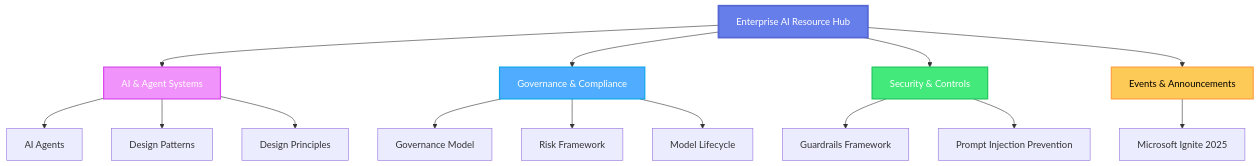
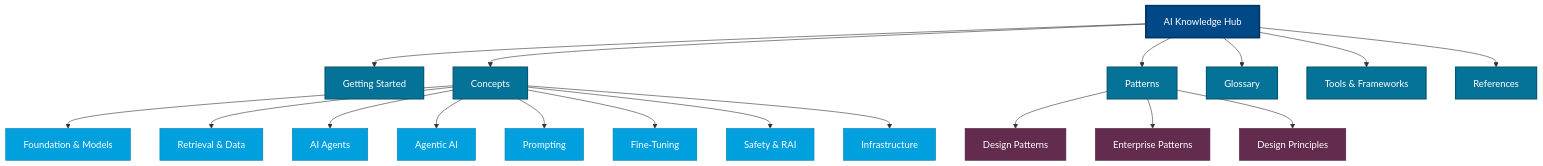
One commit to nitin27may/ai-resources changed the diagram in docs/index.md. Above: the diagram before and after it, drawn with Mermaid. The commit also changed other lines of this file and 33 other files, not shown here.

First line of the commit message:
docs: restructure site as AI Knowledge Hub for all audiences

````diff
--- a/docs/index.md
+++ b/docs/index.md
@@ -158,26 +77,41 @@
 ```mermaid
 graph TD
-    A[Enterprise AI Resource Hub] --> B[AI & Agent Systems]
-    A --> C[Governance & Compliance]
-    A --> D[Security & Controls]
-    A --> E[Events & Announcements]
-    
-    B --> B1[AI Agents]
-    B --> B2[Design Patterns]
-    B --> B3[Design Principles]
-    
-    C --> C1[Governance Model]
-    C --> C2[Risk Framework]
-    C --> C3[Model Lifecycle]
-    
-    D --> D1[Guardrails Framework]
-    D --> D2[Prompt Injection Prevention]
-    
-    E --> E1[Microsoft Ignite 2025]
-    
-    style A fill:#667eea,stroke:#5568d3,stroke-width:3px,color:#fff
-    style B fill:#f093fb,stroke:#d946ef,stroke-width:2px,color:#fff
-    style C fill:#4facfe,stroke:#0ea5e9,stroke-width:2px,color:#fff
-    style D fill:#43e97b,stroke:#22c55e,stroke-width:2px,color:#fff
-    style E fill:#feca57,stroke:#ff9f43,stroke-width:2px,color:#000
+    A[AI Knowledge Hub] --> B[Getting Started]
+    A --> C[Concepts]
+    A --> D[Patterns]
+    A --> E[Glossary]
+    A --> F[Tools & Frameworks]
+    A --> G[References]
+
+    C --> C1[Foundation & Models]
+    C --> C2[Retrieval & Data]
+    C --> C3[AI Agents]
+    C --> C4[Agentic AI]
+    C --> C5[Prompting]
+    C --> C6[Fine-Tuning]
+    C --> C7[Safety & RAI]
+    C --> C8[Infrastructure]
+
+    D --> D1[Design Patterns]
+    D --> D2[Enterprise Patterns]
+    D --> D3[Design Principles]
+
+    style A fill:#004987,stroke:#003665,stroke-width:3px,color:#fff
+    style B fill:#057398,stroke:#045672,stroke-width:2px,color:#fff
+    style C fill:#057398,stroke:#045672,stroke-width:2px,color:#fff
+    style D fill:#057398,stroke:#045672,stroke-width:2px,color:#fff
+    style E fill:#057398,stroke:#045672,stroke-width:2px,color:#fff
+    style F fill:#057398,stroke:#045672,stroke-width:2px,color:#fff
+    style G fill:#057398,stroke:#045672,stroke-width:2px,color:#fff
+    style C1 fill:#00A0DF,stroke:#0080B3,color:#fff
+    style C2 fill:#00A0DF,stroke:#0080B3,color:#fff
+    style C3 fill:#00A0DF,stroke:#0080B3,color:#fff
+    style C4 fill:#00A0DF,stroke:#0080B3,color:#fff
+    style C5 fill:#00A0DF,stroke:#0080B3,color:#fff
+    style C6 fill:#00A0DF,stroke:#0080B3,color:#fff
+    style C7 fill:#00A0DF,stroke:#0080B3,color:#fff
+    style C8 fill:#00A0DF,stroke:#0080B3,color:#fff
+    style D1 fill:#632C4F,stroke:#4E223E,color:#fff
+    style D2 fill:#632C4F,stroke:#4E223E,color:#fff
+    style D3 fill:#632C4F,stroke:#4E223E,color:#fff
 ```
````
